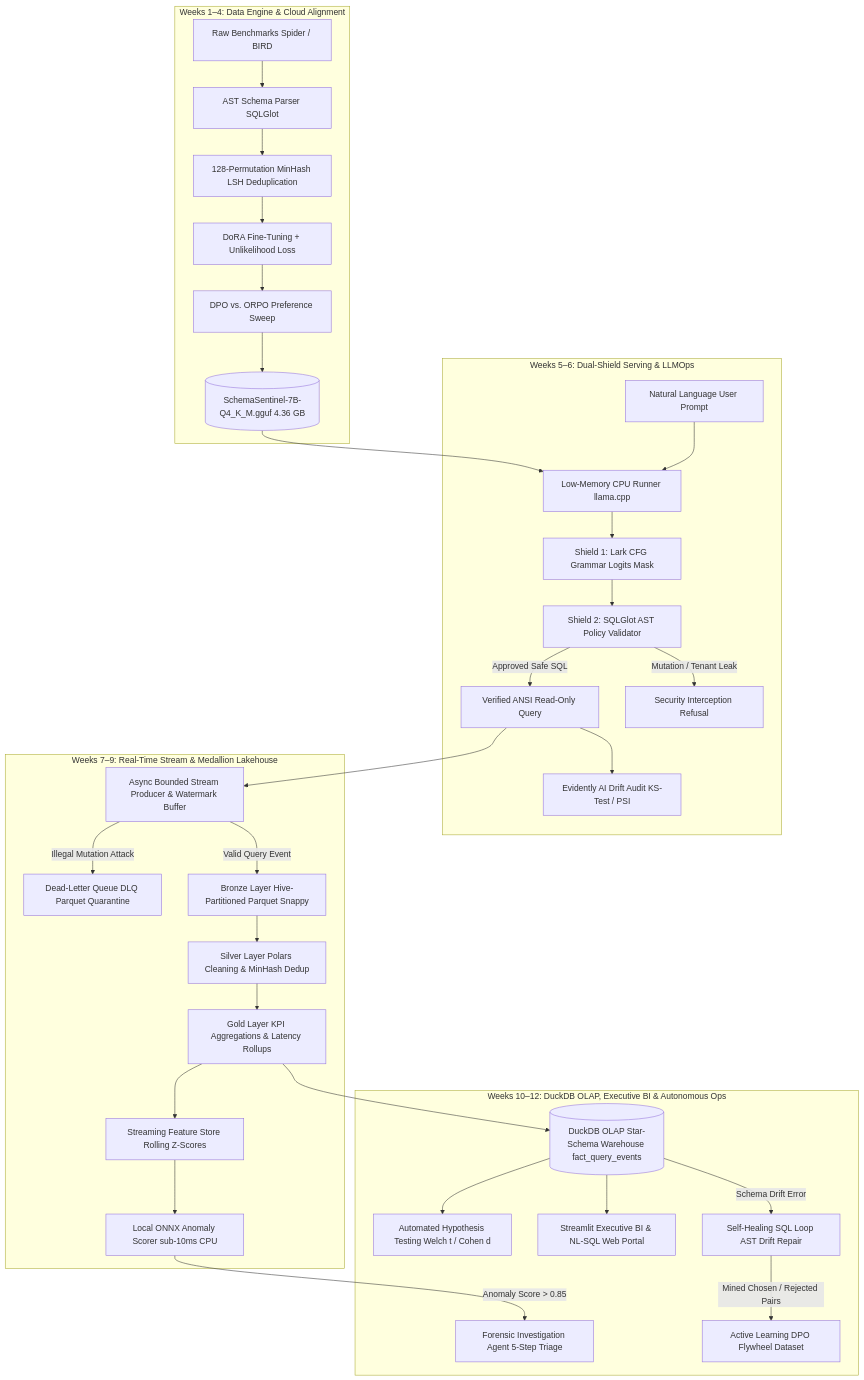
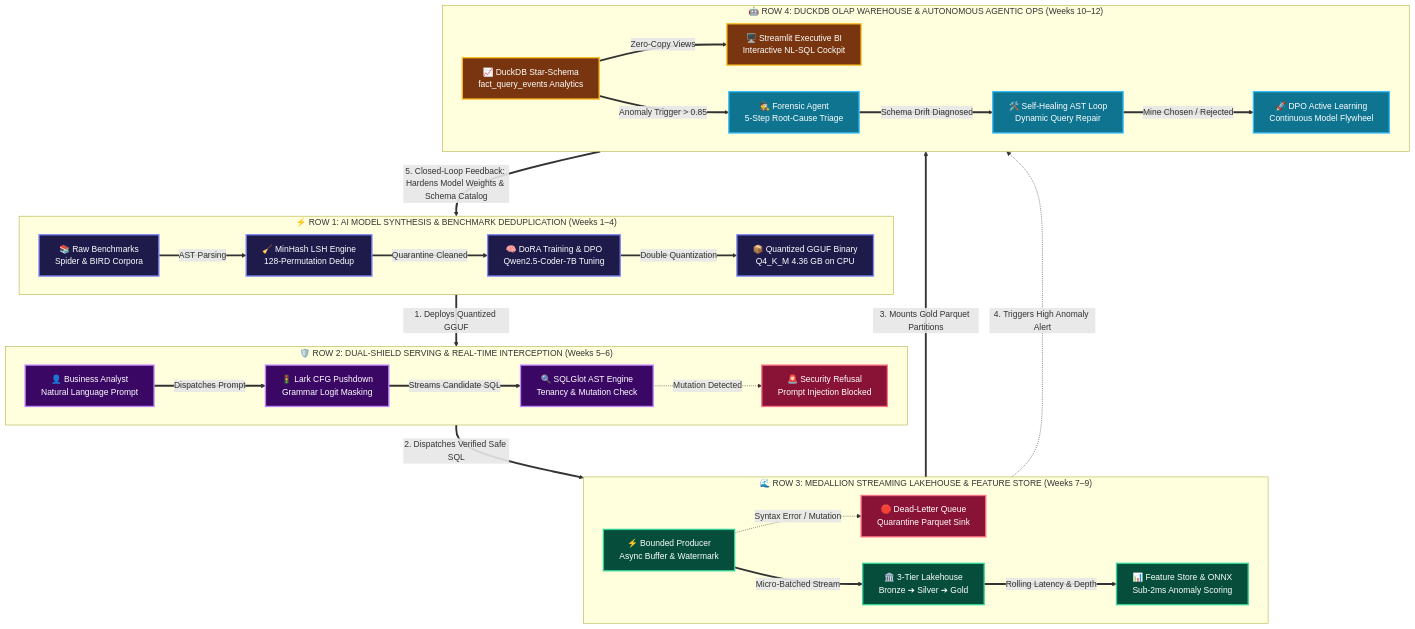
One commit to laxmi2577/SchemaSentinel changed the first of 2 diagrams in README.md. Above: the diagram before and after it, drawn with Mermaid.

Commit message:
docs: add spacious 4-row dynamic colored workflow to README

````diff
--- a/README.md
+++ b/README.md
@@ -65,39 +65,67 @@
 ```mermaid
 flowchart TD
-    subgraph DataEngine["Weeks 1–4: Data Engine & Cloud Alignment"]
-        A[Raw Benchmarks Spider / BIRD] --> B[AST Schema Parser SQLGlot]
-        B --> C[128-Permutation MinHash LSH Deduplication]
-        C --> D[DoRA Fine-Tuning + Unlikelihood Loss]
-        D --> E[DPO vs. ORPO Preference Sweep]
-        E --> F[(SchemaSentinel-7B-Q4_K_M.gguf 4.36 GB)]
+    %% ─── VIBRANT HIGH-CONTRAST PALETTE ───
+    classDef l1 fill:#1e1b4b,stroke:#818cf8,stroke-width:2.5px,color:#ffffff;
+    classDef l2 fill:#3b0764,stroke:#c084fc,stroke-width:2.5px,color:#ffffff;
+    classDef l3 fill:#064e3b,stroke:#34d399,stroke-width:2.5px,color:#ffffff;
+    classDef l4 fill:#78350f,stroke:#fbbf24,stroke-width:2.5px,color:#ffffff;
+    classDef alert fill:#881337,stroke:#fb7185,stroke-width:2.5px,color:#ffffff;
+    classDef loop fill:#0e7490,stroke:#38bdf8,stroke-width:2.5px,color:#ffffff;
+
+    subgraph ROW1["⚡ ROW 1: AI MODEL SYNTHESIS & BENCHMARK DEDUPLICATION (Weeks 1–4)"]
+        direction LR
+        R1A["📚 Raw Benchmarks<br/>Spider & BIRD Corpora"]:::l1
+        R1B["🧹 MinHash LSH Engine<br/>128-Permutation Dedup"]:::l1
+        R1C["🧠 DoRA Training & DPO<br/>Qwen2.5-Coder-7B Tuning"]:::l1
+        R1D["📦 Quantized GGUF Binary<br/>Q4_K_M 4.36 GB on CPU"]:::l1
+
+        R1A ==>|"AST Parsing"| R1B
+        R1B ==>|"Quarantine Cleaned"| R1C
+        R1C ==>|"Double Quantization"| R1D
     end
 
-    subgraph ServingEngine["Weeks 5–6: Dual-Shield Serving & LLMOps"]
-        F --> G[Low-Memory CPU Runner llama.cpp]
-        H[Natural Language User Prompt] --> G
-        G --> I[Shield 1: Lark CFG Grammar Logits Mask]
-        I --> J[Shield 2: SQLGlot AST Policy Validator]
-        J -->|Approved Safe SQL| K[Verified ANSI Read-Only Query]
-        J -->|Mutation / Tenant Leak| L[Security Interception Refusal]
-        K --> M[Evidently AI Drift Audit KS-Test / PSI]
+    subgraph ROW2["🛡️ ROW 2: DUAL-SHIELD SERVING & REAL-TIME INTERCEPTION (Weeks 5–6)"]
+        direction LR
+        R2A["👤 Business Analyst<br/>Natural Language Prompt"]:::l2
+        R2B["🚦 Lark CFG Pushdown<br/>Grammar Logit Masking"]:::l2
+        R2C["🔍 SQLGlot AST Engine<br/>Tenancy & Mutation Check"]:::l2
+        R2D["🚨 Security Refusal<br/>Prompt Injection Blocked"]:::alert
+
+        R2A ==>|"Dispatches Prompt"| R2B
+        R2B ==>|"Streams Candidate SQL"| R2C
+        R2C -.->|"Mutation Detected"| R2D
     end
 
-    subgraph LakehouseEngine["Weeks 7–9: Real-Time Stream & Medallion Lakehouse"]
-        K --> N[Async Bounded Stream Producer & Watermark Buffer]
-        N -->|Illegal Mutation Attack| O[Dead-Letter Queue DLQ Parquet Quarantine]
-        N -->|Valid Query Event| P[Bronze Layer Hive-Partitioned Parquet Snappy]
-        P --> Q[Silver Layer Polars Cleaning & MinHash Dedup]
-        Q --> R[Gold Layer KPI Aggregations & Latency Rollups]
-        R --> S[Streaming Feature Store Rolling Z-Scores]
-        S --> T[Local ONNX Anomaly Scorer sub-10ms CPU]
+    subgraph ROW3["🌊 ROW 3: MEDALLION STREAMING LAKEHOUSE & FEATURE STORE (Weeks 7–9)"]
+        direction LR
+        R3A["⚡ Bounded Producer<br/>Async Buffer & Watermark"]:::l3
+        R3B["🛑 Dead-Letter Queue<br/>Quarantine Parquet Sink"]:::alert
+        R3C["🏛️ 3-Tier Lakehouse<br/>Bronze ➔ Silver ➔ Gold"]:::l3
+        R3D["📊 Feature Store & ONNX<br/>Sub-2ms Anomaly Scoring"]:::l3
+
+        R3A -.->|"Syntax Error / Mutation"| R3B
+        R3A ==>|"Micro-Batched Stream"| R3C
+        R3C ==>|"Rolling Latency & Depth"| R3D
     end
 
-    subgraph AnalyticsAgentic["Weeks 10–12: DuckDB OLAP, Executive BI & Autonomous Ops"]
-        R --> U[(DuckDB OLAP Star-Schema Warehouse fact_query_events)]
-        U --> V[Automated Hypothesis Testing Welch t / Cohen d]
-        U --> W[Streamlit Executive BI & NL-SQL Web Portal]
-        T -->|Anomaly Score > 0.85| X[Forensic Investigation Agent 5-Step Triage]
-        U -->|Schema Drift Error| Y[Self-Healing SQL Loop AST Drift Repair]
-        Y -->|Mined Chosen / Rejected Pairs| Z[Active Learning DPO Flywheel Dataset]
+    subgraph ROW4["🤖 ROW 4: DUCKDB OLAP WAREHOUSE & AUTONOMOUS AGENTIC OPS (Weeks 10–12)"]
+        direction LR
+        R4A["📈 DuckDB Star-Schema<br/>fact_query_events Analytics"]:::l4
+        R4B["🖥️ Streamlit Executive BI<br/>Interactive NL-SQL Cockpit"]:::l4
+        R4C["🕵️ Forensic Agent<br/>5-Step Root-Cause Triage"]:::loop
+        R4D["🛠️ Self-Healing AST Loop<br/>Dynamic Query Repair"]:::loop
+        R4E["🚀 DPO Active Learning<br/>Continuous Model Flywheel"]:::loop
+
+        R4A ==>|"Zero-Copy Views"| R4B
+        R4A ==>|"Anomaly Trigger > 0.85"| R4C
+        R4C ==>|"Schema Drift Diagnosed"| R4D
+        R4D ==>|"Mine Chosen / Rejected"| R4E
     end
+
+    %% ─── DYNAMIC MULTI-ROW INTERCONNECTS & FEEDBACK LOOP ───
+    R1D ==>|"1. Deploys Quantized GGUF"| R2B
+    R2C ==>|"2. Dispatches Verified Safe SQL"| R3A
+    R3C ==>|"3. Mounts Gold Parquet Partitions"| R4A
+    R3D -.->|"4. Triggers High Anomaly Alert"| R4C
+    R4E ==>|"5. Closed-Loop Feedback: Hardens Model Weights & Schema Catalog"| R1C
 ```
````
